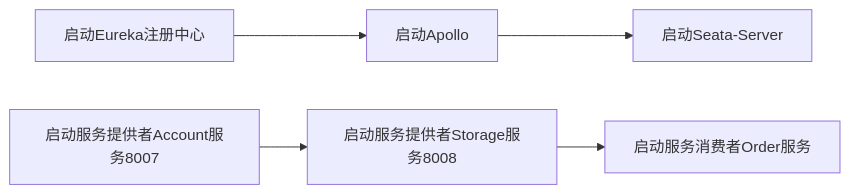
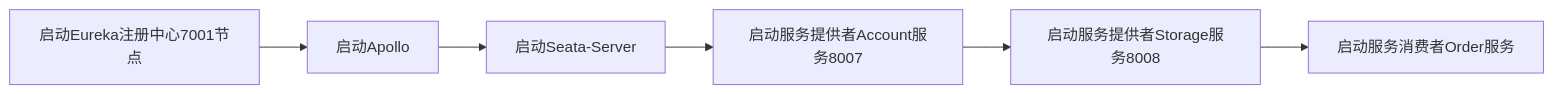
One commit to lingwh1995/blog changed the diagram in docs/blogs/backend/springcloud/springcloud-eureka/shardings/springcloud-eureka-chapter-12.使用Seata进行分布式事务控制.md. Above: the diagram before and after it, drawn with Mermaid. The commit also changed other lines of this file and 1716 other files, not shown here.

````diff
--- a/docs/blogs/backend/springcloud/springcloud-eureka/shardings/springcloud-eureka-chapter-12.使用Seata进行分布式事务控制.md
+++ b/docs/blogs/backend/springcloud/springcloud-eureka/shardings/springcloud-eureka-chapter-12.使用Seata进行分布式事务控制.md
@@ -129,7 +205,8 @@
 ```mermaid
 flowchart LR
-    启动Eureka注册中心-->启动Apollo
+    启动Eureka注册中心7001节点-->启动Apollo
 	启动Apollo-->启动Seata-Server
+    启动Seata-Server-->启动服务提供者Account服务8007
     启动服务提供者Account服务8007-->启动服务提供者Storage服务8008
     启动服务提供者Storage服务8008-->启动服务消费者Order服务
 ```
````
